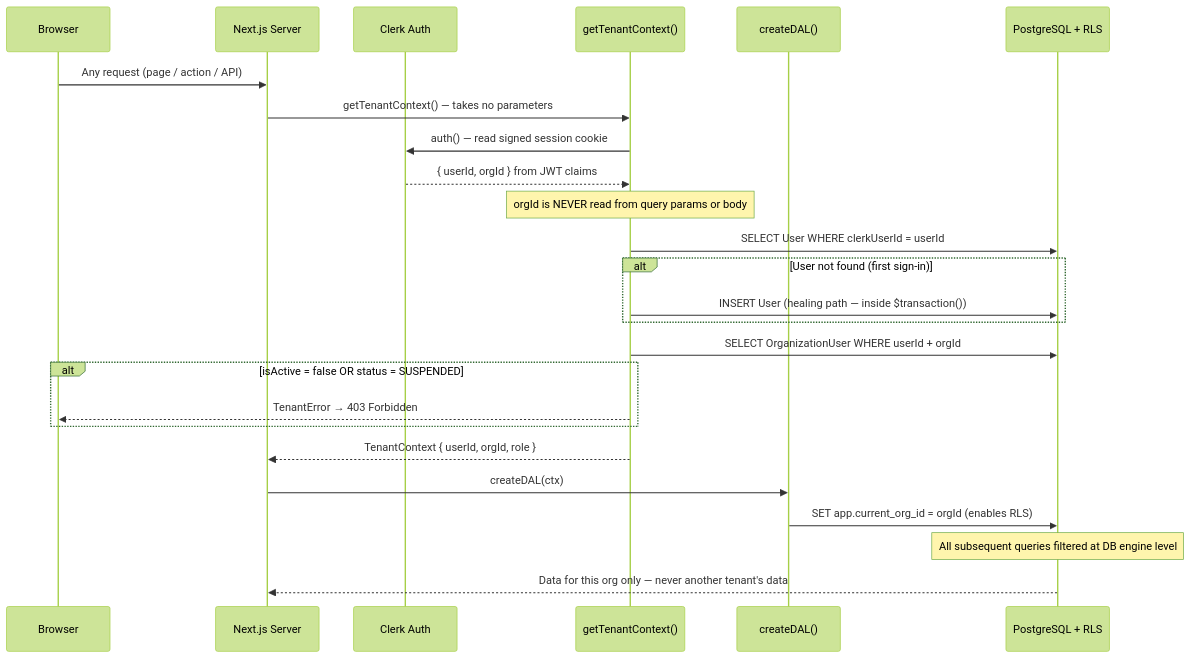
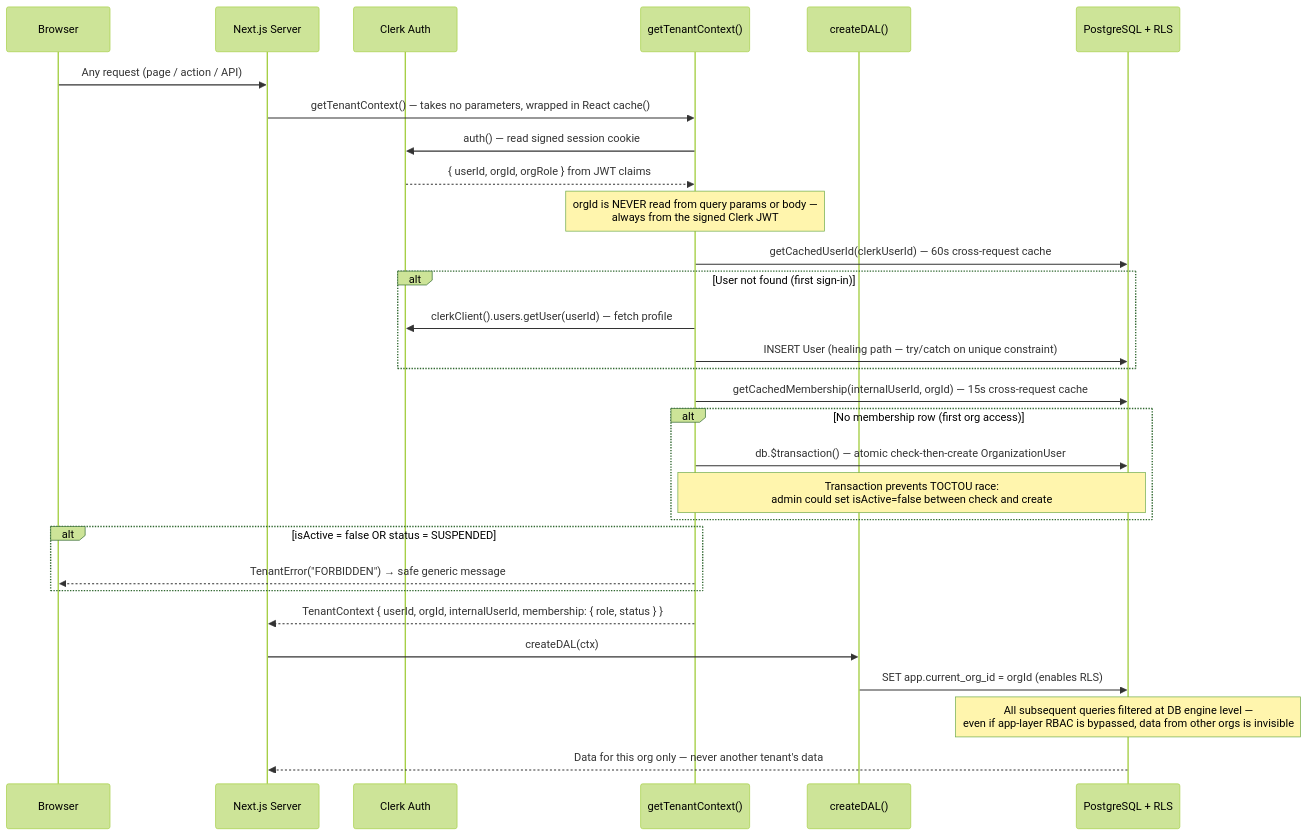
One commit to viraj1011JAIN/Nexus changed the fourth of 5 diagrams in README.md. Above: the diagram before and after it, drawn with Mermaid (forest theme). The commit also changed other lines of this file and 1 other file, not shown here.

````diff
--- a/README.md
+++ b/README.md
@@ -1282,28 +1323,33 @@
 ```mermaid
 sequenceDiagram
     participant Browser
     participant NextJS as Next.js Server
     participant Clerk as Clerk Auth
     participant TC as getTenantContext()
     participant DAL as createDAL()
     participant PG as PostgreSQL + RLS
 
     Browser->>NextJS: Any request (page / action / API)
-    NextJS->>TC: getTenantContext() — takes no parameters
+    NextJS->>TC: getTenantContext() — takes no parameters, wrapped in React cache()
     TC->>Clerk: auth() — read signed session cookie
-    Clerk-->>TC: { userId, orgId } from JWT claims
-    Note over TC: orgId is NEVER read from query params or body
-    TC->>PG: SELECT User WHERE clerkUserId = userId
+    Clerk-->>TC: { userId, orgId, orgRole } from JWT claims
+    Note over TC: orgId is NEVER read from query params or body —<br/>always from the signed Clerk JWT
+    TC->>PG: getCachedUserId(clerkUserId) — 60s cross-request cache
     alt User not found (first sign-in)
-        TC->>PG: INSERT User (healing path — inside $transaction())
+        TC->>Clerk: clerkClient().users.getUser(userId) — fetch profile
+        TC->>PG: INSERT User (healing path — try/catch on unique constraint)
     end
-    TC->>PG: SELECT OrganizationUser WHERE userId + orgId
+    TC->>PG: getCachedMembership(internalUserId, orgId) — 15s cross-request cache
+    alt No membership row (first org access)
+        TC->>PG: db.$transaction() — atomic check-then-create OrganizationUser
+        Note over TC,PG: Transaction prevents TOCTOU race:<br/>admin could set isActive=false between check and create
+    end
     alt isActive = false OR status = SUSPENDED
-        TC-->>Browser: TenantError → 403 Forbidden
+        TC-->>Browser: TenantError("FORBIDDEN") → safe generic message
     end
-    TC-->>NextJS: TenantContext { userId, orgId, role }
+    TC-->>NextJS: TenantContext { userId, orgId, internalUserId, membership: { role, status } }
     NextJS->>DAL: createDAL(ctx)
     DAL->>PG: SET app.current_org_id = orgId (enables RLS)
-    Note over PG: All subsequent queries filtered at DB engine level
+    Note over PG: All subsequent queries filtered at DB engine level —<br/>even if app-layer RBAC is bypassed, data from other orgs is invisible
     PG-->>NextJS: Data for this org only — never another tenant's data
 ```
````
